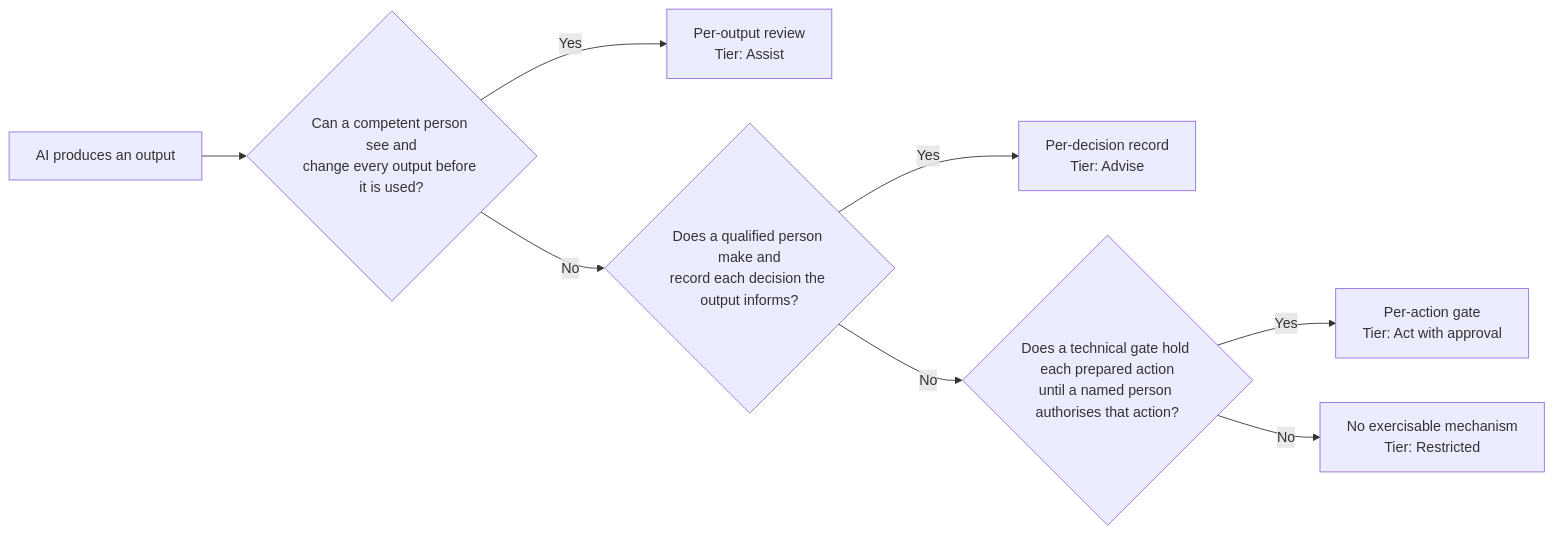
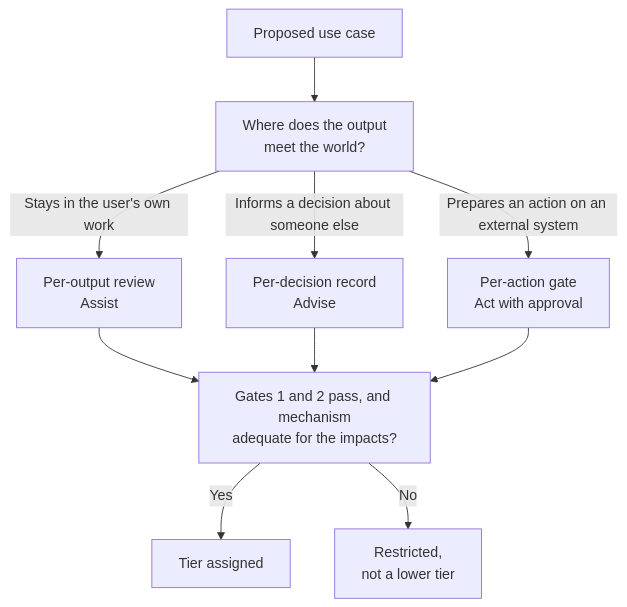
The diagram in 01-risk-tiers/risk-tier-model.md (samueltait/ai-adoption-field-guide), drawn with Mermaid before and after one commit. The commit also changed other lines of this file and 16 other files, not shown here.

````diff
--- a/01-risk-tiers/risk-tier-model.md
+++ b/01-risk-tiers/risk-tier-model.md
@@ -34,10 +36,12 @@
 ```mermaid
-flowchart LR
-    O["AI produces an output"] --> Q1{"Can a competent person see and<br/>change every output before it is used?"}
-    Q1 -->|Yes| A["Per-output review<br/>Tier: Assist"]
-    Q1 -->|No| Q2{"Does a qualified person make and<br/>record each decision the output informs?"}
-    Q2 -->|Yes| B["Per-decision record<br/>Tier: Advise"]
-    Q2 -->|No| Q3{"Does a technical gate hold each prepared action<br/>until a named person authorises that action?"}
-    Q3 -->|Yes| C["Per-action gate<br/>Tier: Act with approval"]
-    Q3 -->|No| D["No exercisable mechanism<br/>Tier: Restricted"]
+flowchart TD
+    S["Proposed use case"] --> W["Where does the output<br/>meet the world?"]
+    W -- "Stays in the user's own work" --> M1["Per-output review<br/>Assist"]
+    W -- "Informs a decision about someone else" --> M2["Per-decision record<br/>Advise"]
+    W -- "Prepares an action on an external system" --> M3["Per-action gate<br/>Act with approval"]
+    M1 --> G["Gates 1 and 2 pass, and mechanism<br/>adequate for the impacts?"]
+    M2 --> G
+    M3 --> G
+    G -- Yes --> T["Tier assigned"]
+    G -- No --> R["Restricted,<br/>not a lower tier"]
 ```
````
